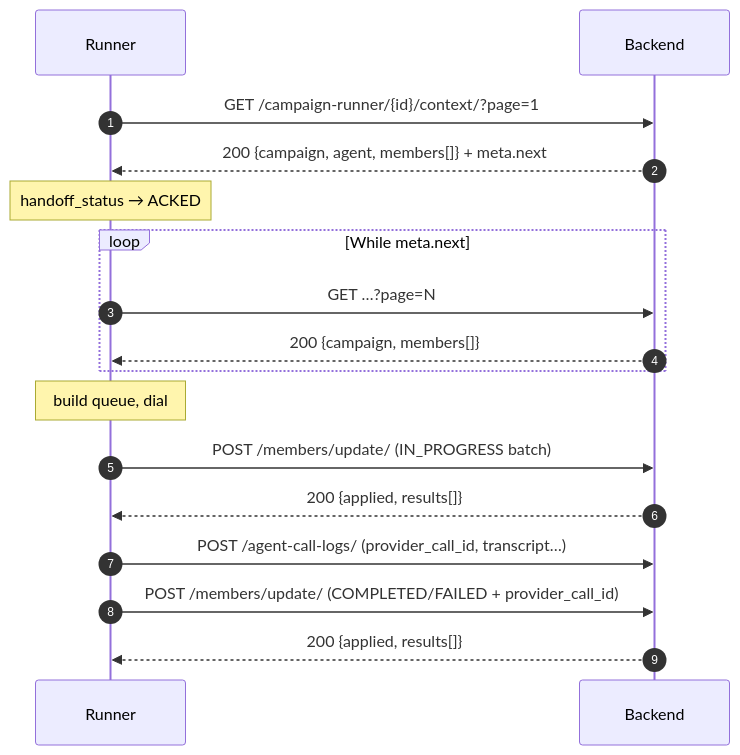
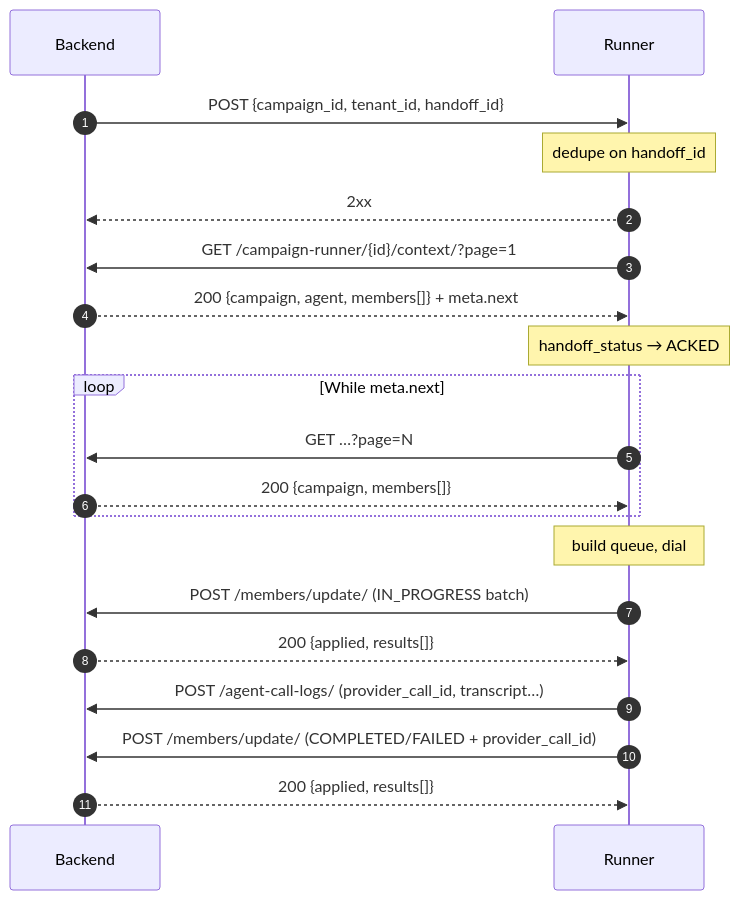
One commit to priyanshiqb/voicebot_back changed the diagram in docs/apiDocs/core/campaign_runner.md. Above: the diagram before and after it, drawn with Mermaid. The commit also changed other lines of this file and 27 other files, not shown here.

````diff
--- a/docs/apiDocs/core/campaign_runner.md
+++ b/docs/apiDocs/core/campaign_runner.md
@@ -426,24 +506,28 @@
 ```mermaid
 sequenceDiagram
     autonumber
+    participant API as Backend
     participant R as Runner
-    participant API as Backend
+
+    API->>R: POST {campaign_id, tenant_id, handoff_id}
+    Note over R: dedupe on handoff_id
+    R-->>API: 2xx
 
     R->>API: GET /campaign-runner/{id}/context/?page=1
     API-->>R: 200 {campaign, agent, members[]} + meta.next
     Note over R: handoff_status → ACKED
 
     loop While meta.next
         R->>API: GET …?page=N
         API-->>R: 200 {campaign, members[]}
     end
 
     Note over R: build queue, dial
 
     R->>API: POST /members/update/ (IN_PROGRESS batch)
     API-->>R: 200 {applied, results[]}
 
     R->>API: POST /agent-call-logs/ (provider_call_id, transcript…)
     R->>API: POST /members/update/ (COMPLETED/FAILED + provider_call_id)
     API-->>R: 200 {applied, results[]}
 ```
````
